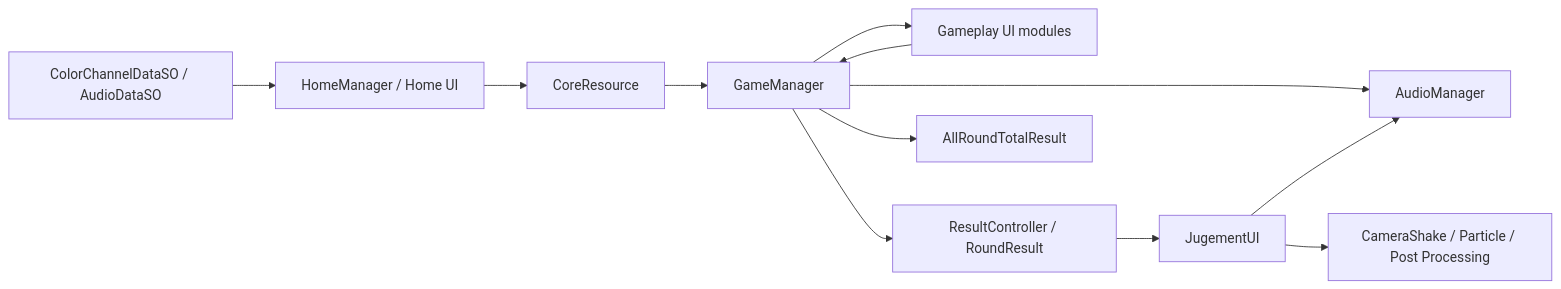
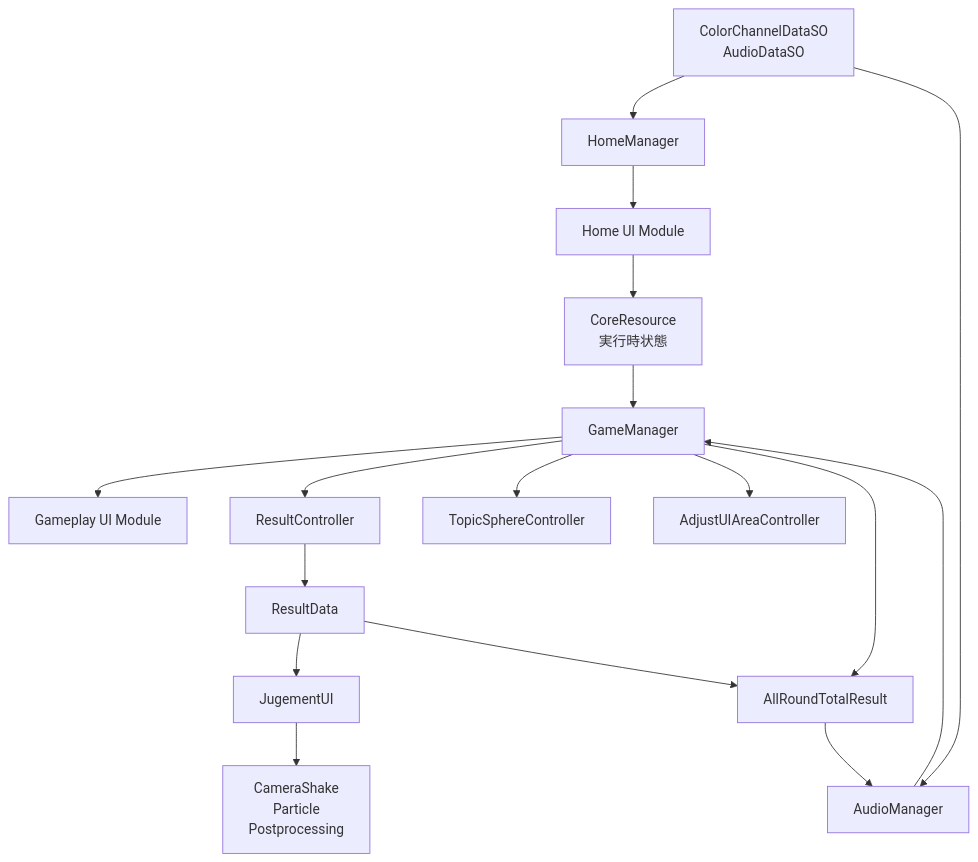
The first of 5 diagrams in Documentation/SystemArchitecture.md (HinataPiyo/AbsoluteColor), drawn with Mermaid before and after one commit. The commit also changed other lines of this file and 10 other files, not shown here.

````diff
--- a/Documentation/SystemArchitecture.md
+++ b/Documentation/SystemArchitecture.md
@@ -7,25 +5,34 @@
 ```mermaid
-flowchart LR
-    SO[ColorChannelDataSO / AudioDataSO]
-    HM[HomeManager / Home UI]
-    CR[CoreResource]
-    GM[GameManager]
-    UI[Gameplay UI modules]
-    RS[ResultController / RoundResult]
-    JU[JugementUI]
-    AR[AllRoundTotalResult]
-    AM[AudioManager]
-    FX[CameraShake / Particle / Post Processing]
-
+flowchart TB
+    SO["ColorChannelDataSO<br/>AudioDataSO"]
+    HM["HomeManager"]
+    HUI["Home UI Module"]
+    CR["CoreResource<br/>実行時状態"]
+    GM["GameManager"]
+    GUM["Gameplay UI Module"]
+    RC["ResultController"]
+    RD["ResultData"]
+    AUA["AdjustUIAreaController"]
+    TS["TopicSphereController"]
+    JUI["JugementUI"]
+    AR["AllRoundTotalResult"]
+    AM["AudioManager"]
+    FX["CameraShake<br/>Particle<br/>Postprocessing"]
+    
     SO --> HM
-    HM --> CR
+    HM --> HUI
+    HUI --> CR
+    SO --> AM
+    AM --> GM
     CR --> GM
-    GM --> UI
-    UI --> GM
-    GM --> RS
-    RS --> JU
+    GM --> GUM
+    GM --> RC
+    GM --> TS
+    RC --> RD
+    RD --> JUI
+    RD --> AR
+    GM --> AUA
     GM --> AR
-    GM --> AM
-    JU --> AM
-    JU --> FX
+    JUI --> FX
+    AR --> AM
 ```
````
